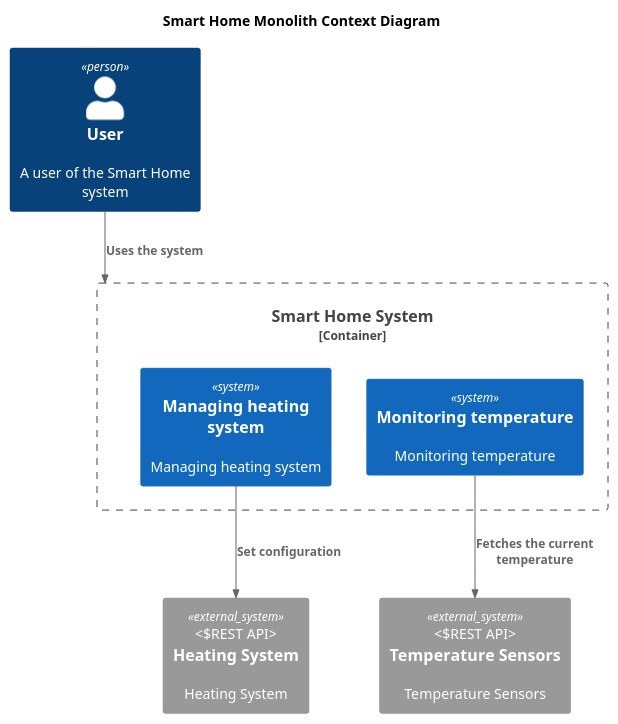
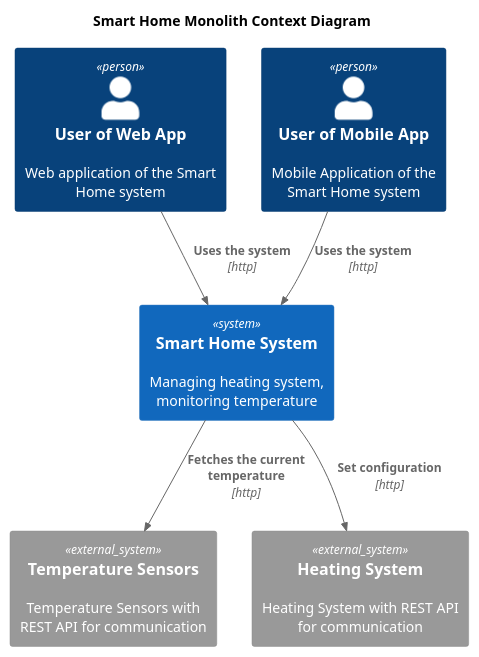
One commit to Natalia588/architecture-sprint-3 changed the diagram in diagrams/as-is/context.puml. Above: the diagram before and after it, drawn with PlantUML. The commit also changed 12 other files, not shown here.

```diff
--- a/diagrams/as-is/context.puml
+++ b/diagrams/as-is/context.puml
@@ -1,22 +1,21 @@
 @startuml
 title Smart Home Monolith Context Diagram
 
 top to bottom direction
 
 !includeurl https://raw.githubusercontent.com/RicardoNiepel/C4-PlantUML/master/C4_Component.puml
 
-Person(user, "User", "A user of the Smart Home system")
+Person(userWeb, "User of Web App", "Web application of the Smart Home system")
+Person(userApp, "User of Mobile App", "Mobile Application of the Smart Home system")
 
-Container_Boundary(SmartHomeSystem, "Smart Home System") {
-    System(HeatingSubDomain, "Managing heating system", "Managing heating system")
-    System(TemperatureSubDomain, "Monitoring temperature", "Monitoring temperature")
-}
+System(SmartHomeSystem, "Smart Home System", "Managing heating system, monitoring temperature")
 
-System_Ext(sensors, "Temperature Sensors", "Temperature Sensors", "REST API")
-System_Ext(heatingSystem, "Heating System", "Heating System", "REST API")
+System_Ext(sensors, "Temperature Sensors", "Temperature Sensors with REST API for communication")
+System_Ext(heatingSystem, "Heating System", "Heating System with REST API for communication")
 
-Rel(user, SmartHomeSystem, "Uses the system")
-Rel(TemperatureSubDomain,sensors,"Fetches the current temperature")
-Rel(HeatingSubDomain,heatingSystem,"Set configuration")
+Rel(userWeb, SmartHomeSystem, "Uses the system", "http")
+Rel(userApp, SmartHomeSystem, "Uses the system", "http")
+Rel(SmartHomeSystem,sensors,"Fetches the current temperature", "http")
+Rel(SmartHomeSystem,heatingSystem,"Set configuration", "http")
 
 @enduml
```
